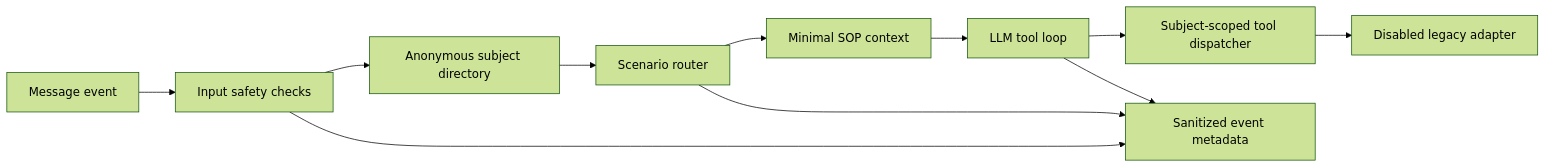
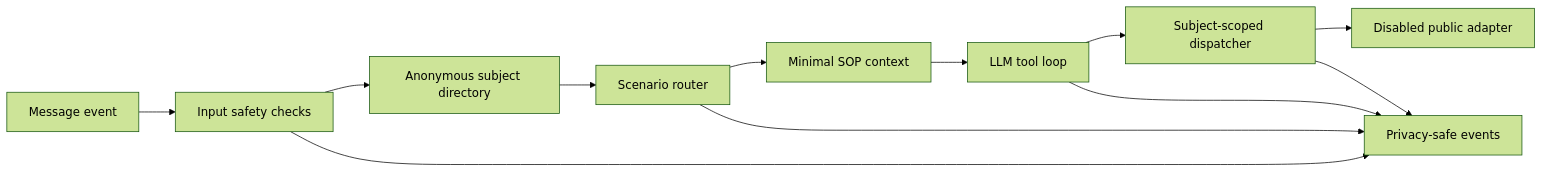
Before and after one commit to WandsgYu/sport-ai: the diagram in README.md, drawn with Mermaid (forest theme). The commit also changed other lines of this file, not shown here.

````diff
--- a/README.md
+++ b/README.md
@@ -56,13 +29,14 @@
 ```mermaid
 flowchart LR
     A["Message event"] --> B["Input safety checks"]
     B --> C["Anonymous subject directory"]
     C --> D["Scenario router"]
     D --> E["Minimal SOP context"]
     E --> F["LLM tool loop"]
-    F --> G["Subject-scoped tool dispatcher"]
-    G --> H["Disabled legacy adapter"]
-    B --> I["Sanitized event metadata"]
+    F --> G["Subject-scoped dispatcher"]
+    G --> H["Disabled public adapter"]
+    B --> I["Privacy-safe events"]
     D --> I
     F --> I
+    G --> I
 ```
````
